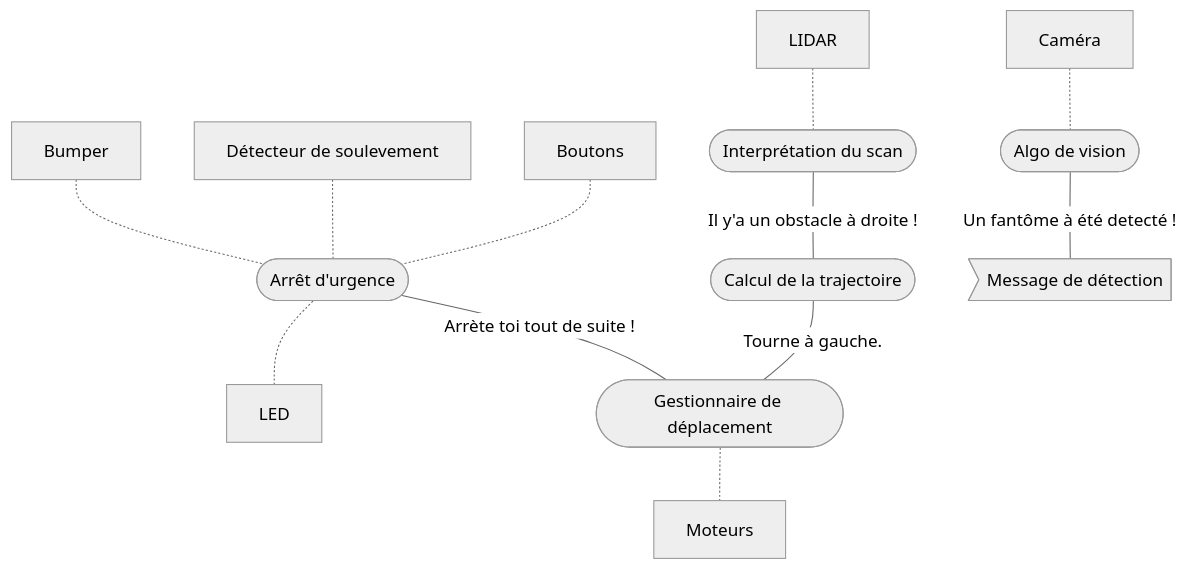
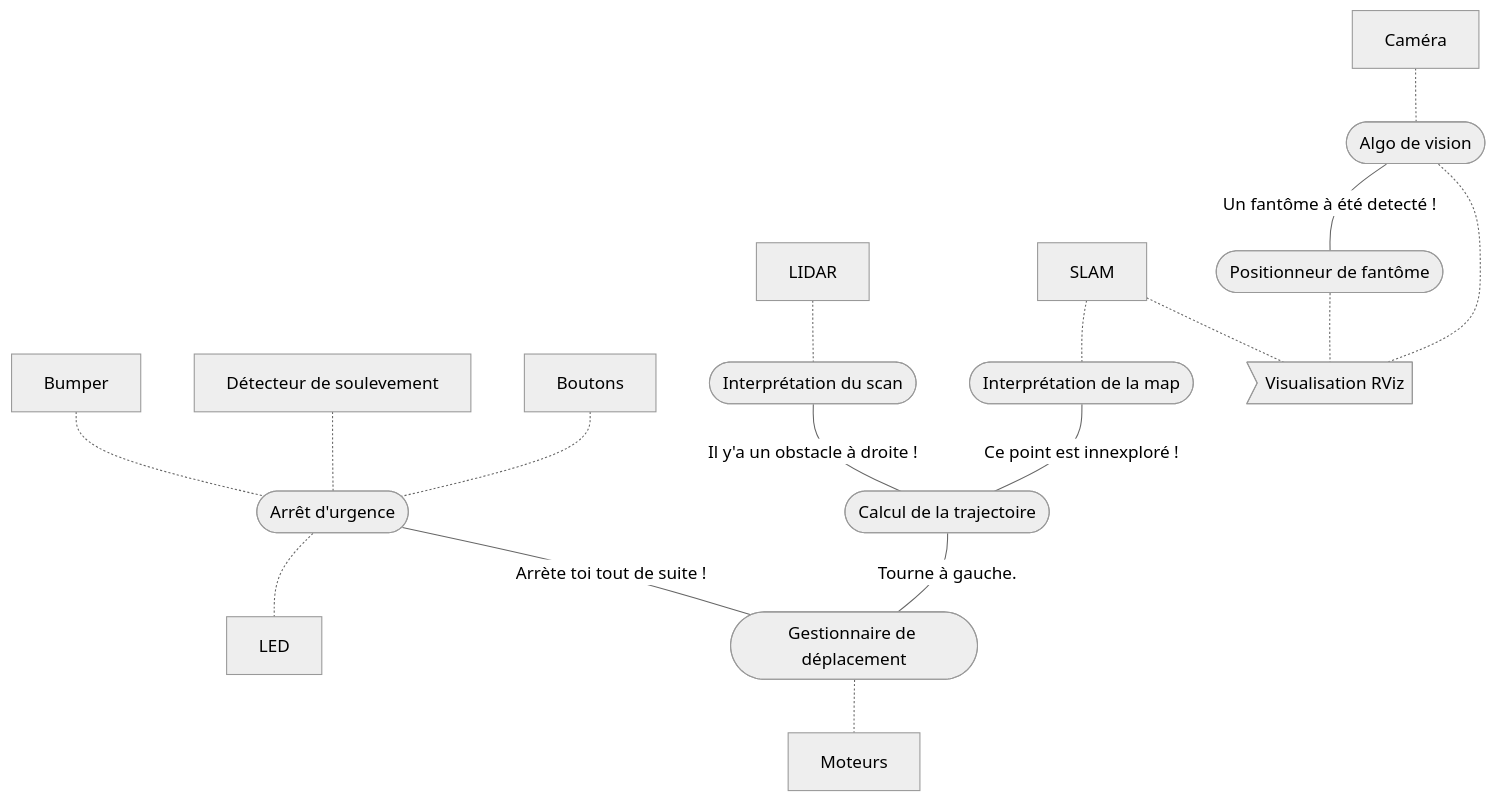
The diagram in grp-pibot21-ch2/README.md (A3-M1/T-800), drawn with Mermaid (neutral theme) before and after one commit. The commit also changed other lines of this file and 1 other file, not shown here.

````diff
--- a/grp-pibot21-ch2/README.md
+++ b/grp-pibot21-ch2/README.md
@@ -7,27 +7,35 @@
 ```mermaid
 flowchart TD
     lidar[LIDAR]
+    slam[SLAM]
     cam[Caméra]
     wheel[Moteurs]
     led[LED]
     bumper[Bumper]
     wheeldrop[Détecteur de soulevement]
     button[Boutons]
     navigation([Calcul de la trajectoire])
     emergencystop([Arrêt d'urgence])
     mover([Gestionnaire de déplacement])
     scan([Interprétation du scan])
+    map([Interprétation de la map])
     vision([Algo de vision])
-    msg>Message de détection]
+    placer([Positionneur de fantôme])
+    rviz>Visualisation RViz]
     cam-.-vision
     lidar-.-scan
+    slam-.-map
     emergencystop-.-led
     bumper-.-emergencystop
     wheeldrop-.-emergencystop
     button-.-emergencystop
     mover-.-wheel
     emergencystop---|Arrète toi tout de suite !|mover
-    vision---|Un fantôme à été detecté !|msg
+    vision---|Un fantôme à été detecté !|placer
+    placer-.-rviz
+    vision-.-rviz
     scan---|Il y'a un obstacle à droite !|navigation
+    map---|Ce point est innexploré !|navigation
     navigation---|Tourne à gauche.|mover
+    slam-.-rviz
 ```
````
